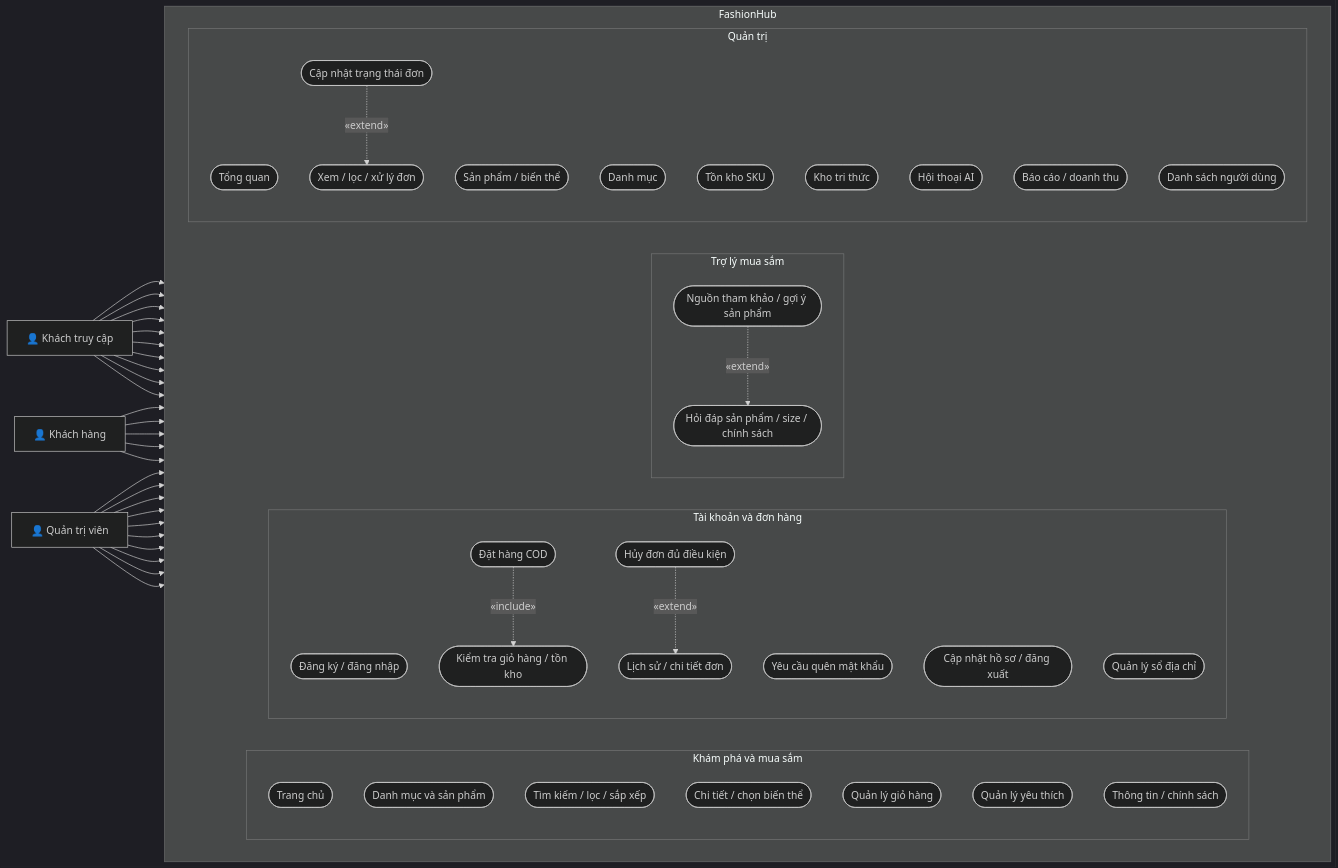
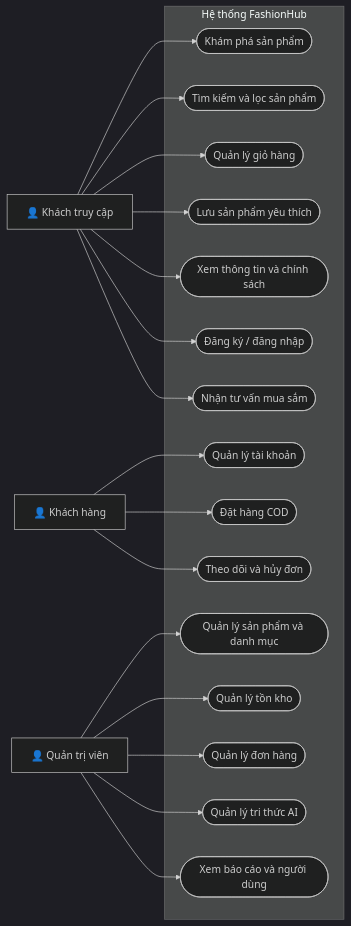
One commit to cqhvn22/fashion-store changed the diagram in docs/uml/use-case-overview.md. Above: the diagram before and after it, drawn with Mermaid (dark theme). The commit also changed other lines of this file and 1 other file, not shown here.

Commit message:
Simplify overall use case diagram

````diff
--- a/docs/uml/use-case-overview.md
+++ b/docs/uml/use-case-overview.md
@@ -5,79 +5,40 @@
-```mermaid
+~~~mermaid
 flowchart LR
-  V["👤 Khách truy cập"]
+  G["👤 Khách truy cập"]
   C["👤 Khách hàng"]
   A["👤 Quản trị viên"]
 
-  subgraph SYS["FashionHub"]
-    direction LR
-    subgraph SHOP["Khám phá và mua sắm"]
-      direction TB
-      home(["Trang chủ"])
-      browse(["Danh mục và sản phẩm"])
-      search(["Tìm kiếm / lọc / sắp xếp"])
-      detail(["Chi tiết / chọn biến thể"])
-      cart(["Quản lý giỏ hàng"])
-      wish(["Quản lý yêu thích"])
-      info(["Thông tin / chính sách"])
-    end
-    subgraph ACCOUNT["Tài khoản và đơn hàng"]
-      direction TB
-      register(["Đăng ký / đăng nhập"])
-      forgot(["Yêu cầu quên mật khẩu"])
-      profile(["Cập nhật hồ sơ / đăng xuất"])
-      address(["Quản lý sổ địa chỉ"])
-      checkout(["Đặt hàng COD"])
-      validate(["Kiểm tra giỏ hàng / tồn kho"])
-      orders(["Lịch sử / chi tiết đơn"])
-      cancel(["Hủy đơn đủ điều kiện"])
-    end
-    subgraph AI["Trợ lý mua sắm"]
-      direction TB
-      chat(["Hỏi đáp sản phẩm / size / chính sách"])
-      source(["Nguồn tham khảo / gợi ý sản phẩm"])
-    end
-    subgraph ADMIN["Quản trị"]
-      direction TB
-      dashboard(["Tổng quan"])
-      products(["Sản phẩm / biến thể"])
-      categories(["Danh mục"])
-      inventory(["Tồn kho SKU"])
-      adminorders(["Xem / lọc / xử lý đơn"])
-      status(["Cập nhật trạng thái đơn"])
-      knowledge(["Kho tri thức"])
-      conversations(["Hội thoại AI"])
-      reports(["Báo cáo / doanh thu"])
-      users(["Danh sách người dùng"])
-    end
+  subgraph SYSTEM["Hệ thống FashionHub"]
+    browse(["Khám phá sản phẩm"])
+    search(["Tìm kiếm và lọc sản phẩm"])
+    cart(["Quản lý giỏ hàng"])
+    wishlist(["Lưu sản phẩm yêu thích"])
+    info(["Xem thông tin và chính sách"])
+    auth(["Đăng ký / đăng nhập"])
+    chat(["Nhận tư vấn mua sắm"])
+    account(["Quản lý tài khoản"])
+    checkout(["Đặt hàng COD"])
+    myorders(["Theo dõi và hủy đơn"])
+    catalog(["Quản lý sản phẩm và danh mục"])
+    stock(["Quản lý tồn kho"])
+    orders(["Quản lý đơn hàng"])
+    knowledge(["Quản lý tri thức AI"])
+    reports(["Xem báo cáo và người dùng"])
   end
 
-  V --> home
-  V --> browse
-  V --> search
-  V --> detail
-  V --> cart
-  V --> wish
-  V --> info
-  V --> register
-  V --> forgot
-  V --> chat
-  C --> profile
-  C --> address
+  G --> browse
+  G --> search
+  G --> cart
+  G --> wishlist
+  G --> info
+  G --> auth
+  G --> chat
+  C --> account
   C --> checkout
-  C --> orders
-  C --> cancel
-  A --> dashboard
-  A --> products
-  A --> categories
-  A --> inventory
-  A --> adminorders
-  A --> status
+  C --> myorders
+  A --> catalog
+  A --> stock
+  A --> orders
   A --> knowledge
-  A --> conversations
   A --> reports
-  A --> users
-  checkout -.->|«include»| validate
-  cancel -.->|«extend»| orders
-  status -.->|«extend»| adminorders
-  source -.->|«extend»| chat
-```
+~~~
````
